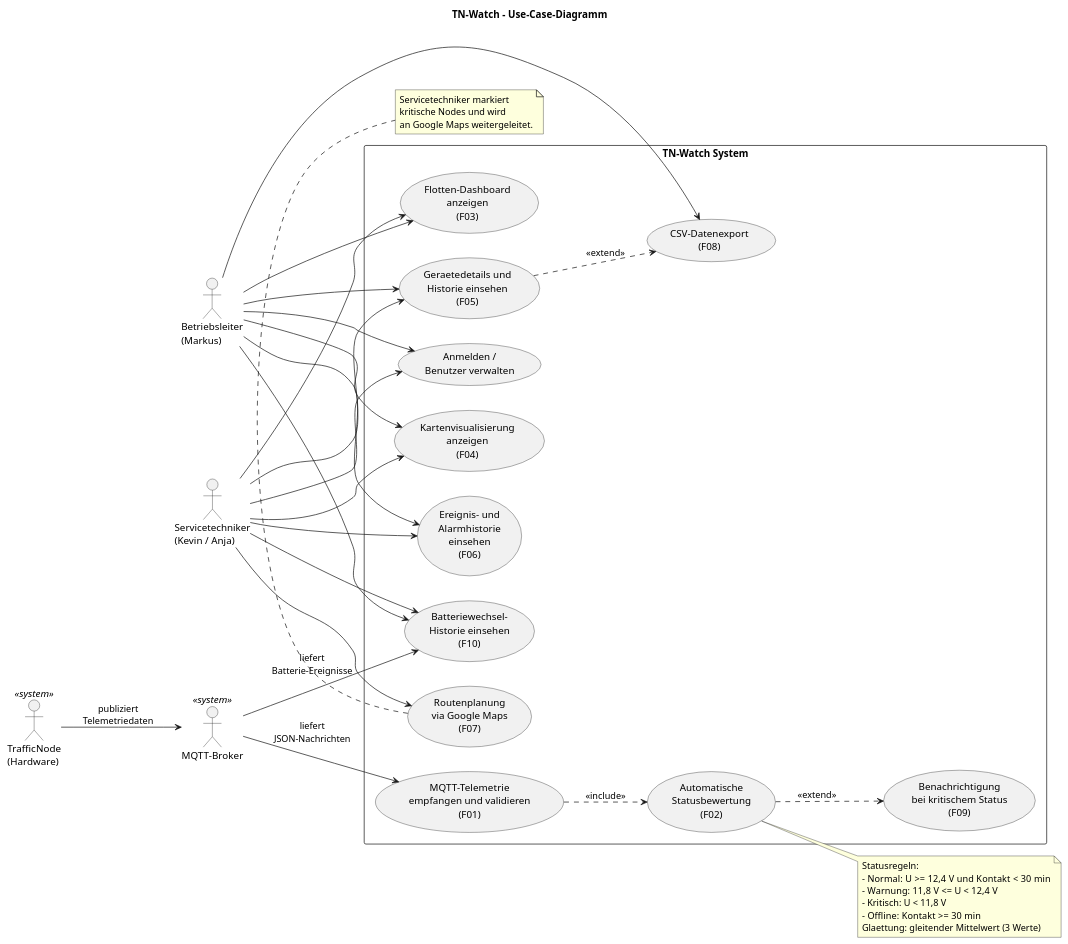
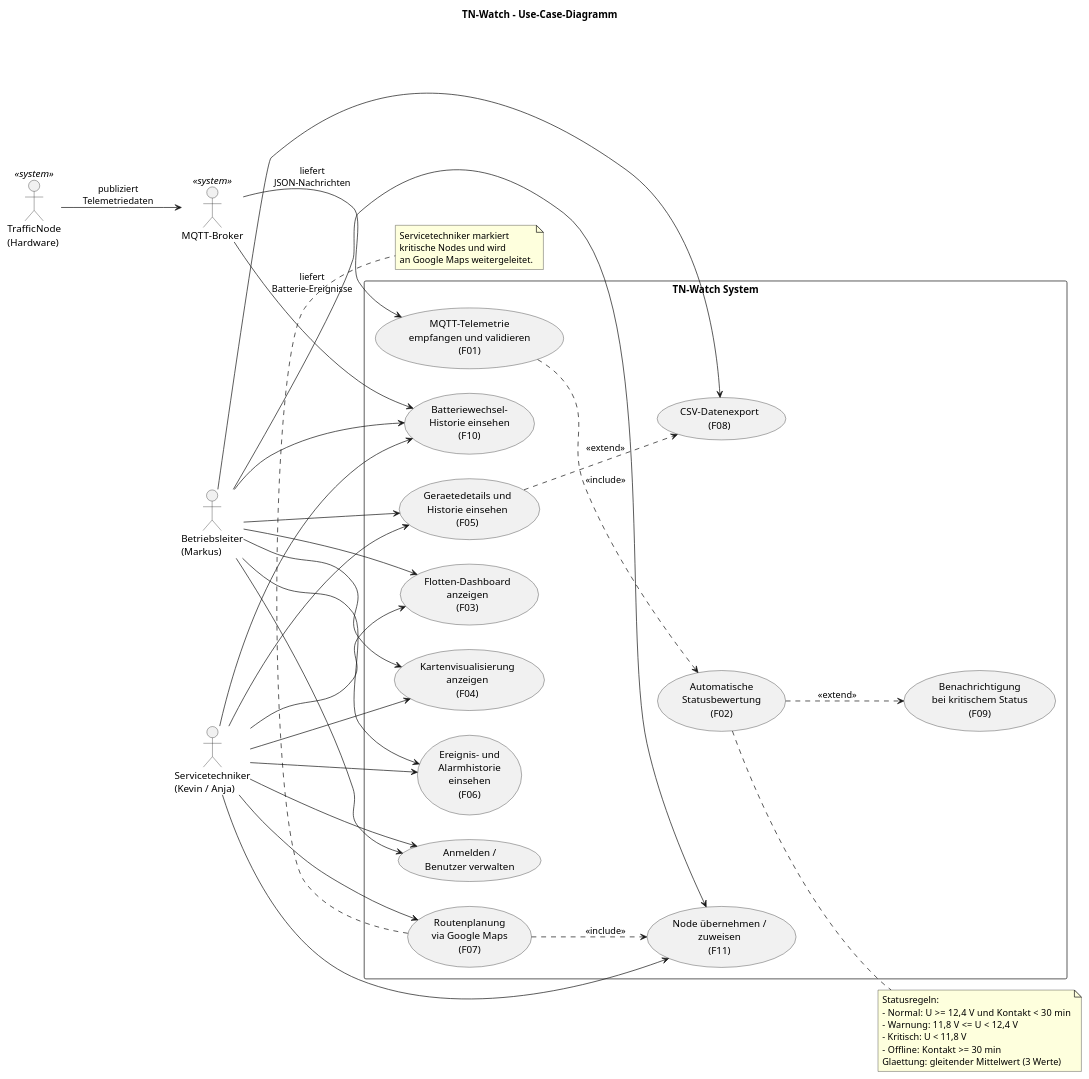
The diagram in docs/uml/use_case_diagram.puml (dennisnik/Semesterprojekt_Software_Engineering), drawn with PlantUML before and after one commit. The commit also changed 44 other files, not shown here.

```diff
--- a/docs/uml/use_case_diagram.puml
+++ b/docs/uml/use_case_diagram.puml
@@ -1,87 +1,91 @@
 @startuml use_case_diagram
 
 ' ============================================================
 ' TN-Watch – Use-Case-Diagramm
 ' Quelle: README.md (Funktionale Anforderungen F01-F09,
 '         Stakeholder, Personas)
 ' ============================================================
 
 left to right direction
 skinparam packageStyle rectangle
 
 title TN-Watch - Use-Case-Diagramm
 
 ' -- Akteure --------------------------------------------------
 actor "Betriebsleiter\n(Markus)" as BL
 actor "Servicetechniker\n(Kevin / Anja)" as ST
 actor "TrafficNode\n(Hardware)" as TN  <<system>>
 actor "MQTT-Broker" as MQTT            <<system>>
 
 ' -- Systemgrenze ---------------------------------------------
 rectangle "TN-Watch System" {
 
   ' Must-Have (F01-F05)
   usecase "MQTT-Telemetrie\nempfangen und validieren\n(F01)" as UC_F01
   usecase "Automatische\nStatusbewertung\n(F02)" as UC_F02
   usecase "Flotten-Dashboard\nanzeigen\n(F03)" as UC_F03
   usecase "Kartenvisualisierung\nanzeigen\n(F04)" as UC_F04
   usecase "Geraetedetails und\nHistorie einsehen\n(F05)" as UC_F05
 
   ' Should-Have (F06-F07)
   usecase "Ereignis- und\nAlarmhistorie\neinsehen\n(F06)" as UC_F06
   usecase "Routenplanung\nvia Google Maps\n(F07)" as UC_F07
 
   ' Could-Have (F08-F09)
   usecase "CSV-Datenexport\n(F08)" as UC_F08
   usecase "Batteriewechsel-\nHistorie einsehen\n(F10)" as UC_F10
+  usecase "Node übernehmen /\nzuweisen\n(F11)" as UC_F11
   usecase "Benachrichtigung\nbei kritischem Status\n(F09)" as UC_F09
 
   ' Authentifizierung
   usecase "Anmelden /\nBenutzer verwalten" as UC_AUTH
 }
 
 ' -- Beziehungen: Externe Systeme -----------------------------
 TN --> MQTT : publiziert\nTelemetriedaten
 MQTT --> UC_F01 : liefert\nJSON-Nachrichten
 MQTT --> UC_F10 : liefert\nBatterie-Ereignisse
 
 ' -- Beziehungen: Betriebsleiter ------------------------------
 BL --> UC_AUTH
 BL --> UC_F03
 BL --> UC_F04
 BL --> UC_F05
 BL --> UC_F06
 BL --> UC_F08
 
 ' -- Beziehungen: Servicetechniker ----------------------------
 ST --> UC_AUTH
 ST --> UC_F03
 ST --> UC_F04
 ST --> UC_F05
 ST --> UC_F06
 ST --> UC_F07
 ST --> UC_F10
 BL --> UC_F10
+ST --> UC_F11
+BL --> UC_F11
 
 ' -- Include / Extend -----------------------------------------
 UC_F01 ..> UC_F02  : <<include>>
 UC_F02 ..> UC_F09  : <<extend>>
 UC_F05 ..> UC_F08  : <<extend>>
+UC_F07 ..> UC_F11  : <<include>>
 
 ' -- Notizen --------------------------------------------------
 note right of UC_F02
   Statusregeln:
   - Normal:   U >= 12,4 V und Kontakt < 30 min
   - Warnung:  11,8 V <= U < 12,4 V
   - Kritisch: U < 11,8 V
   - Offline:  Kontakt >= 30 min
   Glaettung: gleitender Mittelwert (3 Werte)
 end note
 
 note bottom of UC_F07
   Servicetechniker markiert
   kritische Nodes und wird
   an Google Maps weitergeleitet.
 end note
 
 @enduml
```
